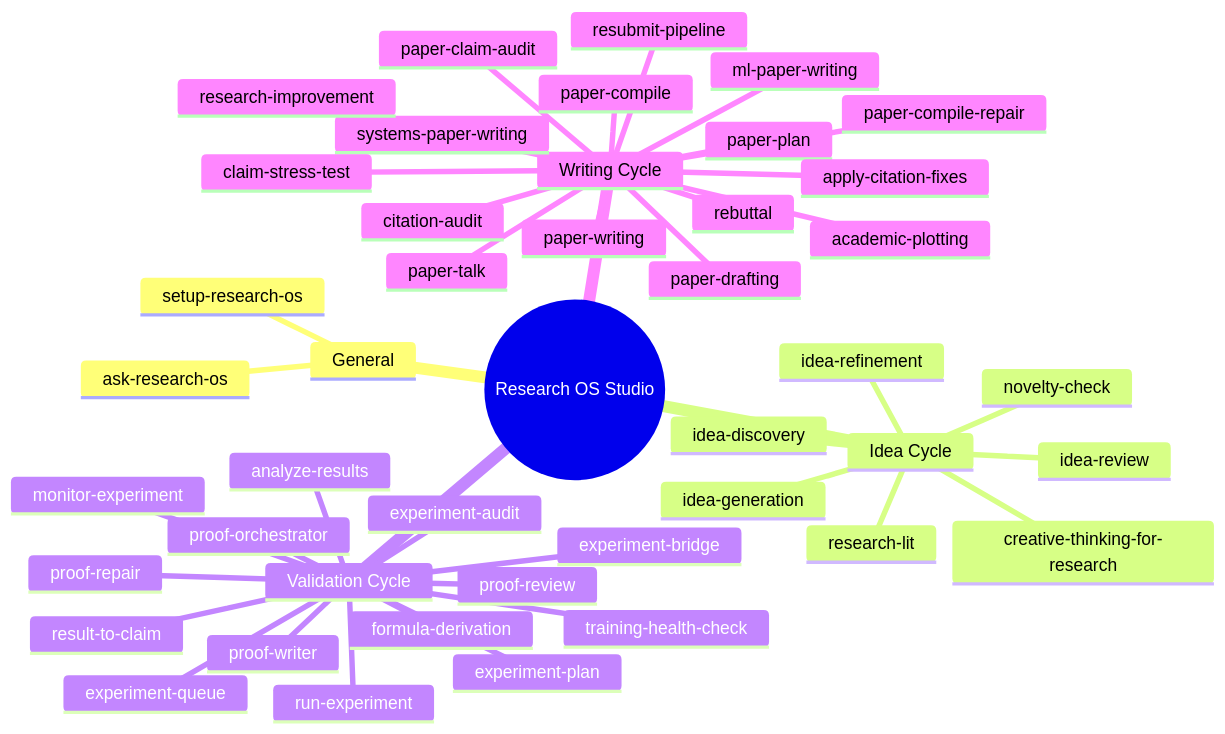
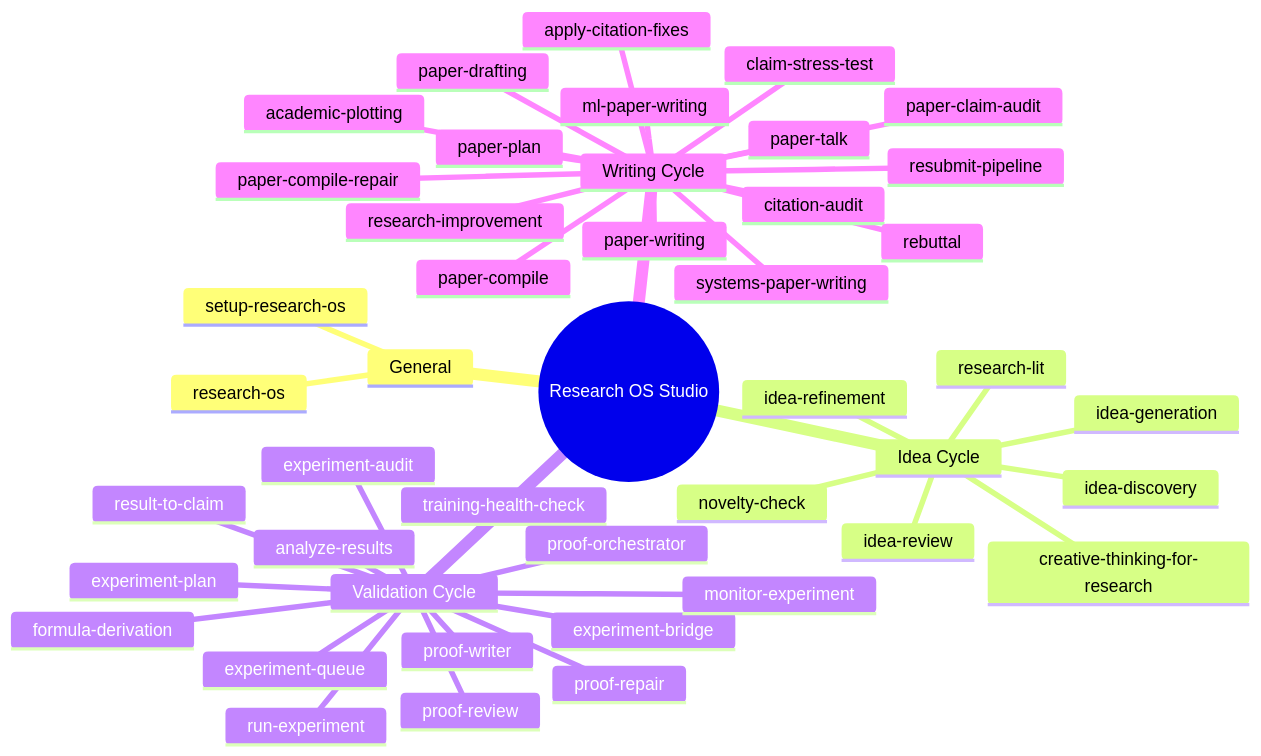
Before and after one commit to toRolex/Research-OS-Studio: the second of 3 diagrams in docs/assets/workflow-diagrams.md, drawn with Mermaid. The commit also changed 21 other files, not shown here.

First line of the commit message:
feat(research-os): replace ask-research-os with route-only entry

````diff
--- a/docs/assets/workflow-diagrams.md
+++ b/docs/assets/workflow-diagrams.md
@@ -37,47 +37,47 @@
 ```mermaid
 mindmap
   root((Research OS Studio))
     General
       setup-research-os
-      ask-research-os
+      research-os
     Idea Cycle
       idea-discovery
       research-lit
       idea-generation
       creative-thinking-for-research
       novelty-check
       idea-review
       idea-refinement
     Validation Cycle
       experiment-plan
       experiment-bridge
       run-experiment
       experiment-queue
       monitor-experiment
       training-health-check
       analyze-results
       experiment-audit
       result-to-claim
       formula-derivation
       proof-writer
       proof-review
       proof-repair
       proof-orchestrator
     Writing Cycle
       paper-writing
       ml-paper-writing
       systems-paper-writing
       paper-plan
       paper-drafting
       academic-plotting
       paper-compile
       paper-compile-repair
       citation-audit
       apply-citation-fixes
       paper-claim-audit
       claim-stress-test
       research-improvement
       rebuttal
       resubmit-pipeline
       paper-talk
 ```
````
